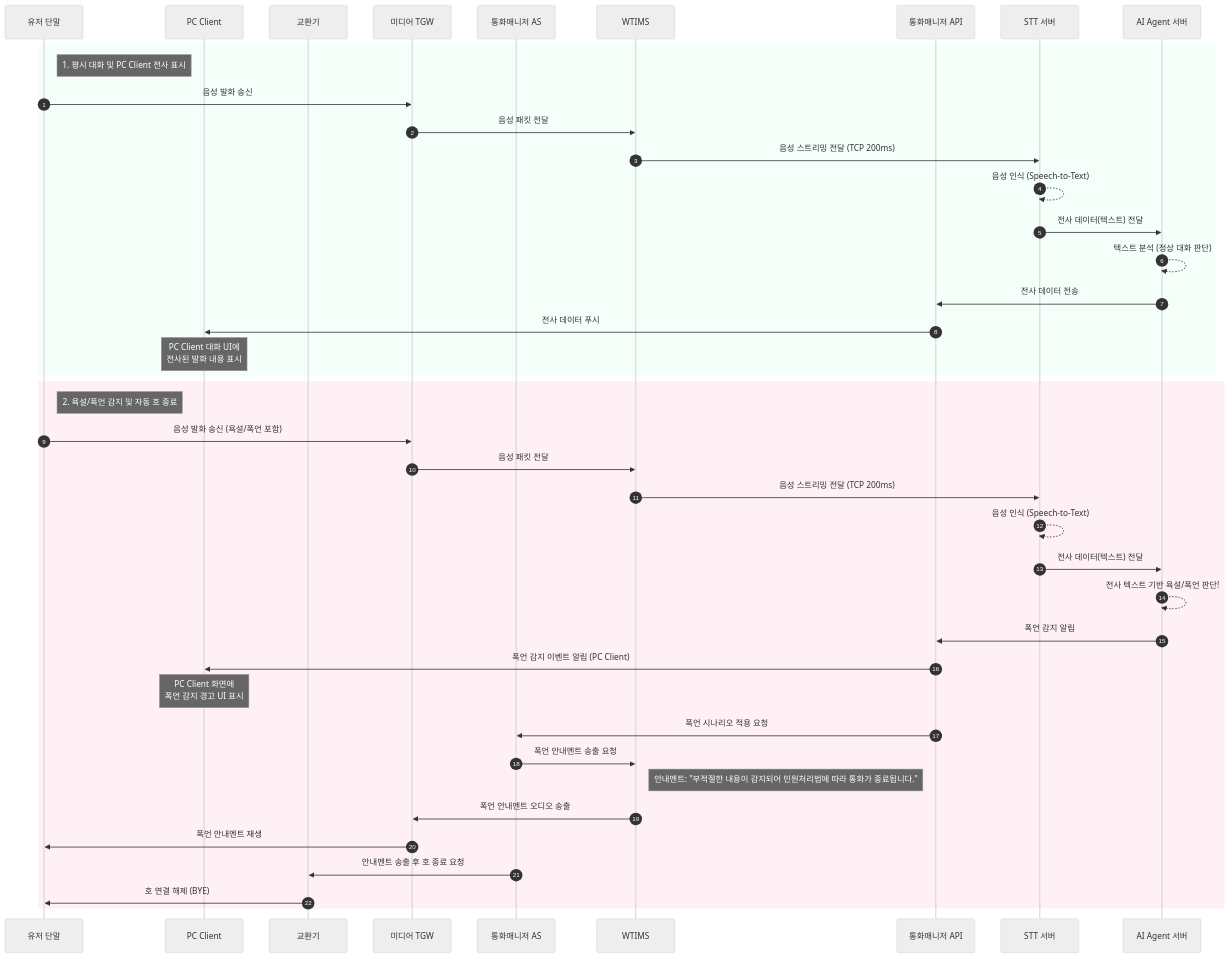
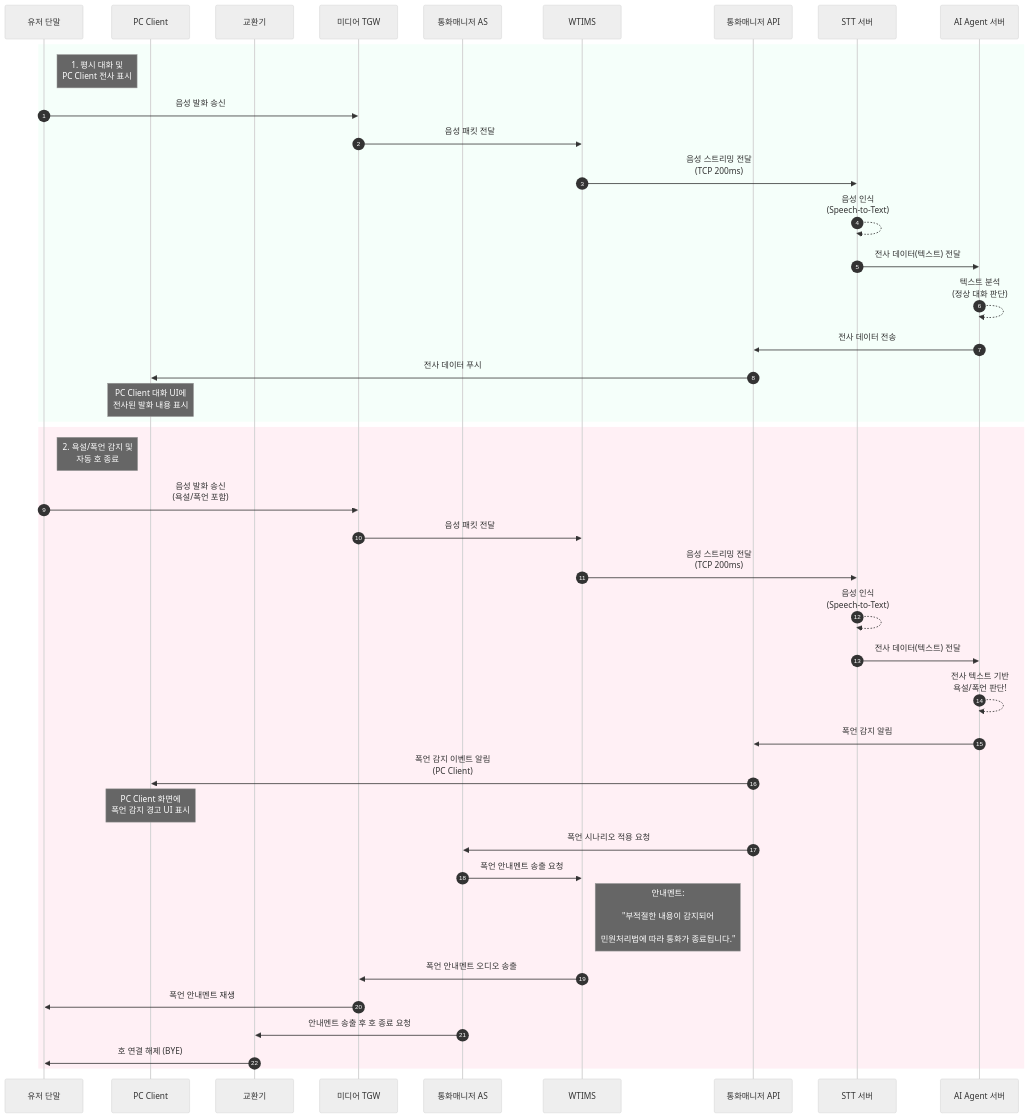
One commit to hak023/sip_pbx changed the first of 2 diagrams in docs/architecture/call-flow-cloud-stt.md. Above: the diagram before and after it, drawn with Mermaid (neutral theme). The commit also changed other lines of this file, not shown here.

Commit message:
docs: improve readability of call flow mermaid diagram

````diff
--- a/docs/architecture/call-flow-cloud-stt.md
+++ b/docs/architecture/call-flow-cloud-stt.md
@@ -9,49 +9,49 @@
 ```mermaid
 sequenceDiagram
     autonumber
     
     participant U as 유저 단말
     participant PC as PC Client
     participant S as 교환기
     participant MT as 미디어 TGW
     participant CAS as 통화매니저 AS
     participant W as WTIMS
     participant CAPI as 통화매니저 API
     participant STT as STT 서버
     participant AI as AI Agent 서버
 
     %% 1. 평시 대화 (전사 및 UI 표시)
     rect rgb(245, 255, 250)
-    Note right of U: 1. 평시 대화 및 PC Client 전사 표시
+    Note right of U: 1. 평시 대화 및<br/>PC Client 전사 표시
     U->>MT: 음성 발화 송신
     MT->>W: 음성 패킷 전달
-    W->>STT: 음성 스트리밍 전달 (TCP 200ms)
-    STT-->>STT: 음성 인식 (Speech-to-Text)
+    W->>STT: 음성 스트리밍 전달<br/>(TCP 200ms)
+    STT-->>STT: 음성 인식<br/>(Speech-to-Text)
     STT->>AI: 전사 데이터(텍스트) 전달
-    AI-->>AI: 텍스트 분석 (정상 대화 판단)
+    AI-->>AI: 텍스트 분석<br/>(정상 대화 판단)
     AI->>CAPI: 전사 데이터 전송
     CAPI->>PC: 전사 데이터 푸시
     Note over PC: PC Client 대화 UI에<br/>전사된 발화 내용 표시
     end
 
     %% 2. 욕설/폭언 감지 및 흐름
     rect rgb(255, 240, 245)
-    Note right of U: 2. 욕설/폭언 감지 및 자동 호 종료
-    U->>MT: 음성 발화 송신 (욕설/폭언 포함)
+    Note right of U: 2. 욕설/폭언 감지 및<br/>자동 호 종료
+    U->>MT: 음성 발화 송신<br/>(욕설/폭언 포함)
     MT->>W: 음성 패킷 전달
-    W->>STT: 음성 스트리밍 전달 (TCP 200ms)
-    STT-->>STT: 음성 인식 (Speech-to-Text)
+    W->>STT: 음성 스트리밍 전달<br/>(TCP 200ms)
+    STT-->>STT: 음성 인식<br/>(Speech-to-Text)
     STT->>AI: 전사 데이터(텍스트) 전달
-    AI-->>AI: 전사 텍스트 기반 욕설/폭언 판단!
+    AI-->>AI: 전사 텍스트 기반<br/>욕설/폭언 판단!
     AI->>CAPI: 폭언 감지 알림
-    CAPI->>PC: 폭언 감지 이벤트 알림 (PC Client)
+    CAPI->>PC: 폭언 감지 이벤트 알림<br/>(PC Client)
     Note over PC: PC Client 화면에<br/>폭언 감지 경고 UI 표시
     CAPI->>CAS: 폭언 시나리오 적용 요청
     CAS->>W: 폭언 안내멘트 송출 요청
-    Note right of W: 안내멘트: "부적절한 내용이 감지되어 민원처리법에 따라 통화가 종료됩니다."
+    Note right of W: 안내멘트:<br/><br/>"부적절한 내용이 감지되어<br/><br/>민원처리법에 따라 통화가 종료됩니다."
     W->>MT: 폭언 안내멘트 오디오 송출
     MT->>U: 폭언 안내멘트 재생
     CAS->>S: 안내멘트 송출 후 호 종료 요청
     S->>U: 호 연결 해제 (BYE)
     end
 ```
````
